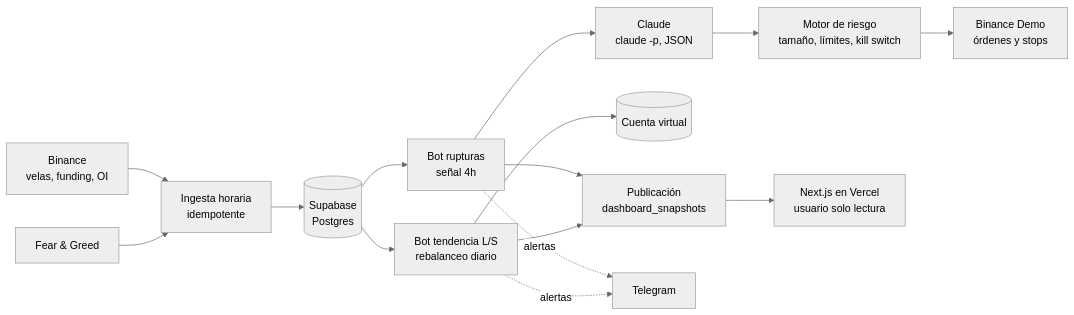
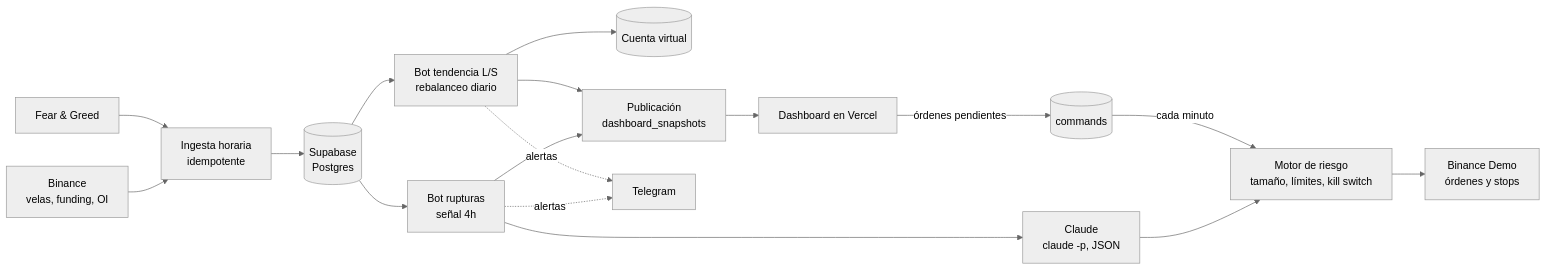
Before and after one commit to Ang3lRamos/a2tradingbot: the diagram in README.md, drawn with Mermaid (neutral theme). The commit also changed other lines of this file and 10 other files, not shown here.

````diff
--- a/README.md
+++ b/README.md
@@ -23,17 +29,19 @@
 ```mermaid
 flowchart LR
     BX[Binance<br/>velas, funding, OI] --> ING[Ingesta horaria<br/>idempotente]
     FG[Fear & Greed] --> ING
     ING --> DB[(Supabase<br/>Postgres)]
     DB --> BR[Bot rupturas<br/>señal 4h]
     BR --> AI[Claude<br/>claude -p, JSON]
     AI --> RISK[Motor de riesgo<br/>tamaño, límites, kill switch]
     RISK --> EX[Binance Demo<br/>órdenes y stops]
     DB --> TR[Bot tendencia L/S<br/>rebalanceo diario]
     TR --> PA[(Cuenta virtual)]
     BR --> PUB[Publicación<br/>dashboard_snapshots]
     TR --> PUB
-    PUB --> WEB[Next.js en Vercel<br/>usuario solo lectura]
+    PUB --> WEB[Dashboard en Vercel]
+    WEB -- órdenes pendientes --> CMD[(commands)]
+    CMD -- cada minuto --> RISK
     BR -. alertas .-> TG[Telegram]
     TR -. alertas .-> TG
 ```
````
